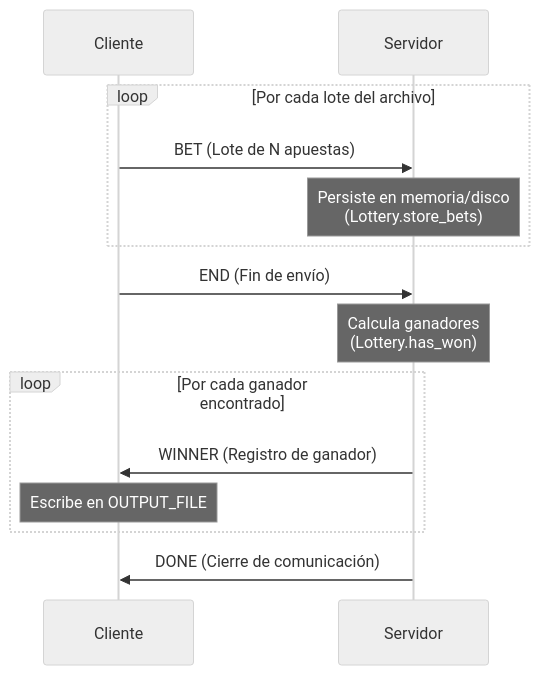
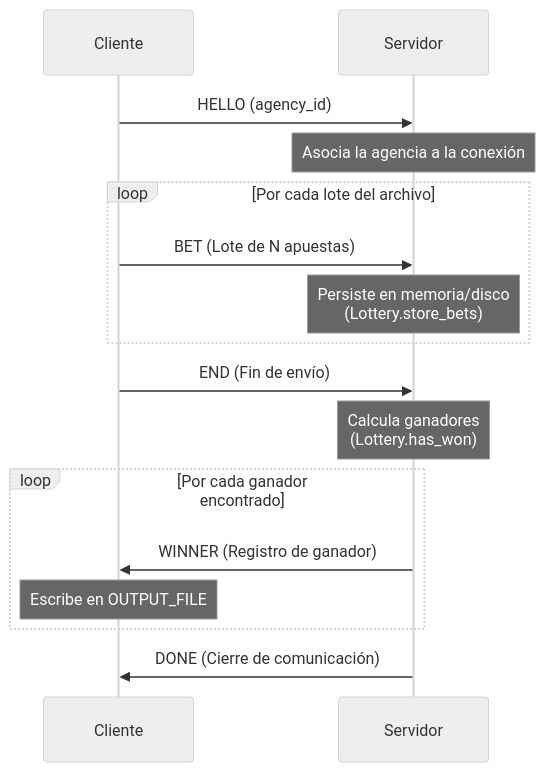
One commit to Lunit00ns/tp-nivelador changed the diagram in INFORME.md. Above: the diagram before and after it, drawn with Mermaid (neutral theme). The commit also changed other lines of this file and 4 other files, not shown here.

Commit message:
refactor(protocol): send agency_id once in HELLO

````diff
--- a/INFORME.md
+++ b/INFORME.md
@@ -44,21 +49,24 @@
 ```mermaid
 sequenceDiagram
     participant Cliente
     participant Servidor
+
+    Cliente->>Servidor: HELLO (agency_id)
+    Note over Servidor: Asocia la agencia a la conexión
 
     loop Por cada lote del archivo
         Cliente->>Servidor: BET (Lote de N apuestas)
         Note over Servidor: Persiste en memoria/disco<br/>(Lottery.store_bets)
     end
 
     Cliente->>Servidor: END (Fin de envío)
     
     Note over Servidor: Calcula ganadores<br/>(Lottery.has_won)
 
     loop Por cada ganador encontrado
         Servidor->>Cliente: WINNER (Registro de ganador)
         Note over Cliente: Escribe en OUTPUT_FILE
     end
 
     Servidor->>Cliente: DONE (Cierre de comunicación)
 ```
````
